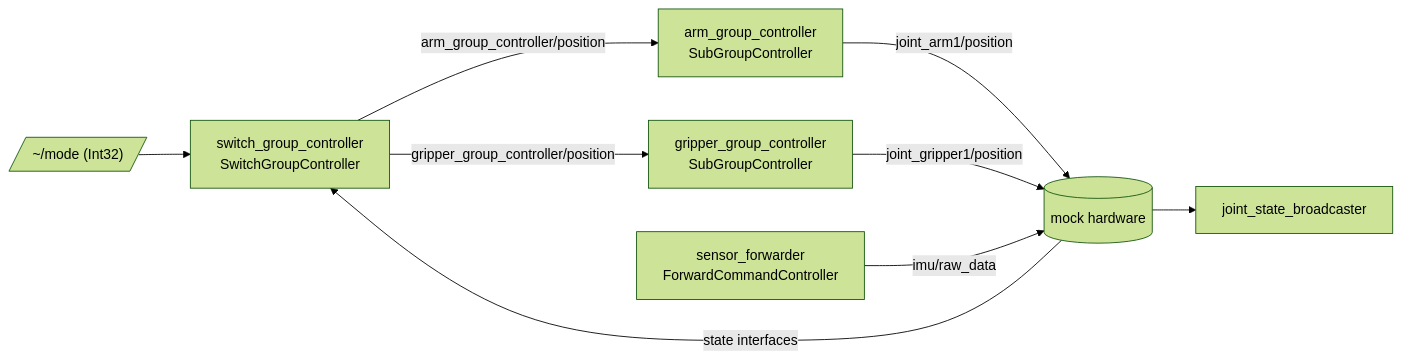
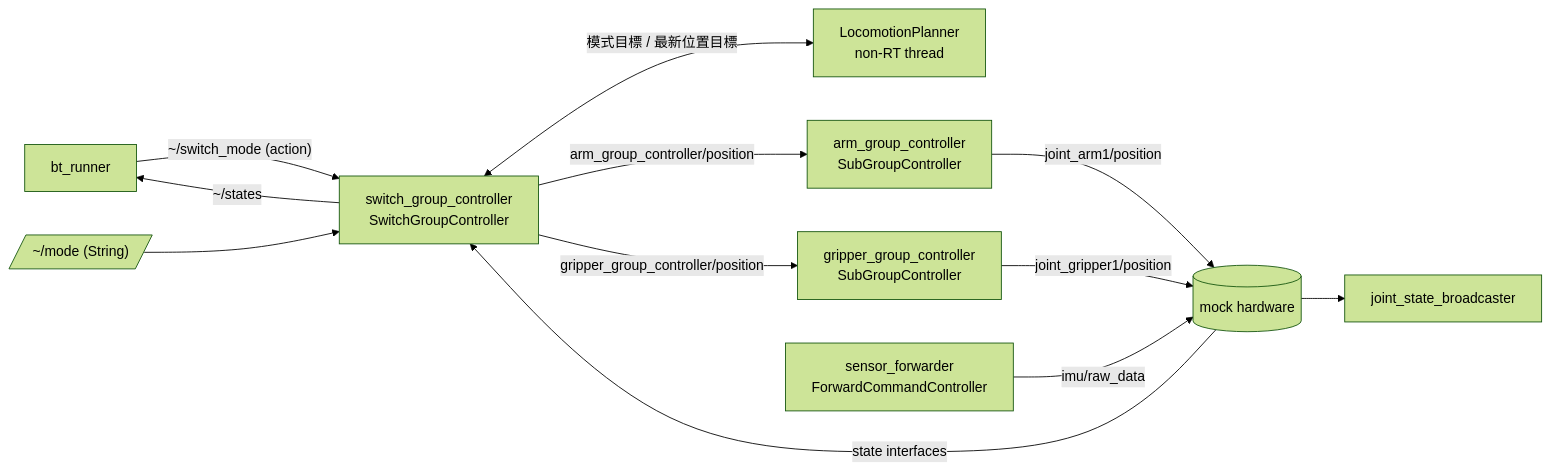
Before and after one commit to s40523122/graphen_controller: the second of 3 diagrams in docs/ARCHITECTURE.md, drawn with Mermaid (forest theme). The commit also changed other lines of this file and 24 other files, not shown here.

First line of the commit message:
Link BT to SwitchGroupController via SwitchMode action

````diff
--- a/docs/ARCHITECTURE.md
+++ b/docs/ARCHITECTURE.md
@@ -61,11 +64,14 @@
 ```mermaid
 graph LR
-  mode[/"~/mode (Int32)"/] --> sw[switch_group_controller<br/>SwitchGroupController]
+  bt[bt_runner] -->|"~/switch_mode (action)"| sw[switch_group_controller<br/>SwitchGroupController]
+  mode[/"~/mode (String)"/] --> sw
+  sw <-->|模式目標 / 最新位置目標| planner[LocomotionPlanner<br/>non-RT thread]
+  sw -->|"~/states"| bt
   sw -->|arm_group_controller/position| arm[arm_group_controller<br/>SubGroupController]
   sw -->|gripper_group_controller/position| grip[gripper_group_controller<br/>SubGroupController]
   arm -->|joint_arm1/position| hw[(mock hardware)]
   grip -->|joint_gripper1/position| hw
   hw -->|state interfaces| sw
   hw --> jsb[joint_state_broadcaster]
   fwd[sensor_forwarder<br/>ForwardCommandController] -->|imu/raw_data| hw
 ```
````
